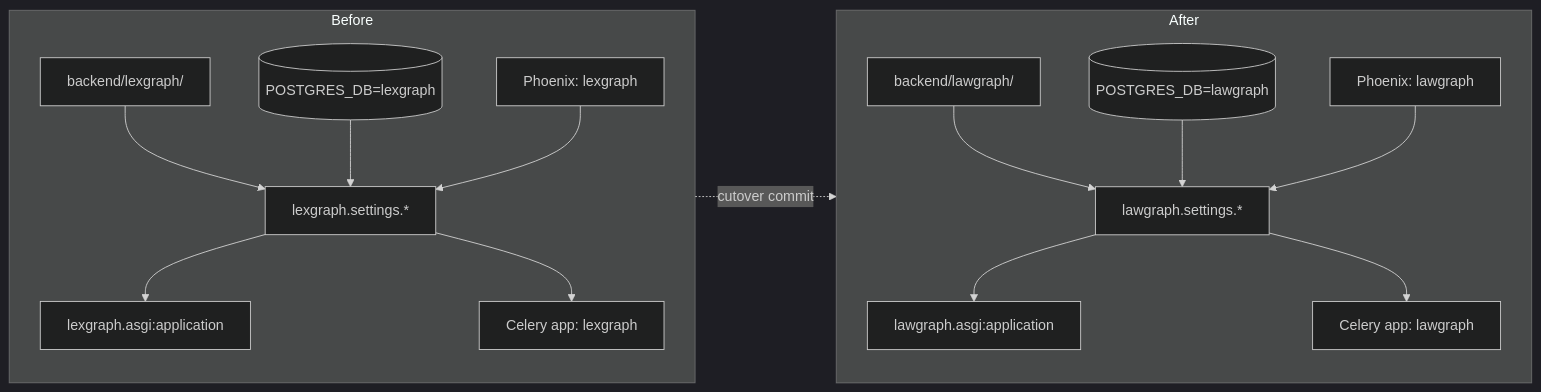
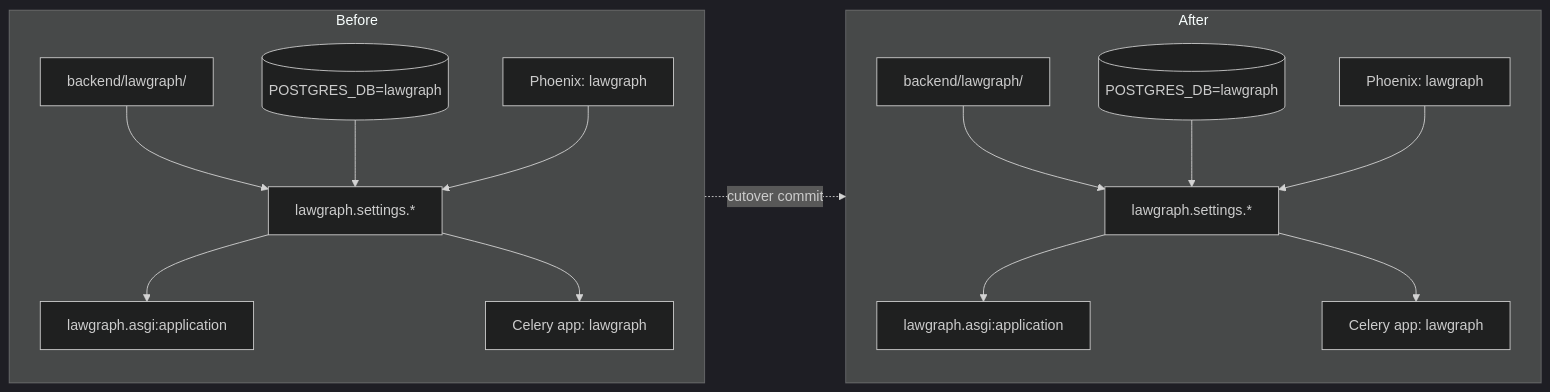
The diagram in specs/012-rebrand-lawgraph-ai/plan.md (bamr87/law-ai), drawn with Mermaid (dark theme) before and after one commit. The commit also changed other lines of this file and 120 other files, not shown here.

````diff
--- a/specs/012-rebrand-lawgraph-ai/plan.md
+++ b/specs/012-rebrand-lawgraph-ai/plan.md
@@ -14,18 +14,18 @@
 ```mermaid
 flowchart LR
   subgraph Before
-    Pkg1[backend/lexgraph/] --> Settings1[lexgraph.settings.*]
-    Settings1 --> Asgi1[lexgraph.asgi:application]
-    Settings1 --> Celery1[Celery app: lexgraph]
-    PG1[(POSTGRES_DB=lexgraph)] --> Settings1
-    OTEL1[Phoenix: lexgraph] --> Settings1
+    Pkg1[backend/lawgraph/] --> Settings1[lawgraph.settings.*]
+    Settings1 --> Asgi1[lawgraph.asgi:application]
+    Settings1 --> Celery1[Celery app: lawgraph]
+    PG1[(POSTGRES_DB=lawgraph)] --> Settings1
+    OTEL1[Phoenix: lawgraph] --> Settings1
   end
   subgraph After
     Pkg2[backend/lawgraph/] --> Settings2[lawgraph.settings.*]
     Settings2 --> Asgi2[lawgraph.asgi:application]
     Settings2 --> Celery2[Celery app: lawgraph]
     PG2[(POSTGRES_DB=lawgraph)] --> Settings2
     OTEL2[Phoenix: lawgraph] --> Settings2
   end
   Before -.cutover commit.-> After
 ```
````
